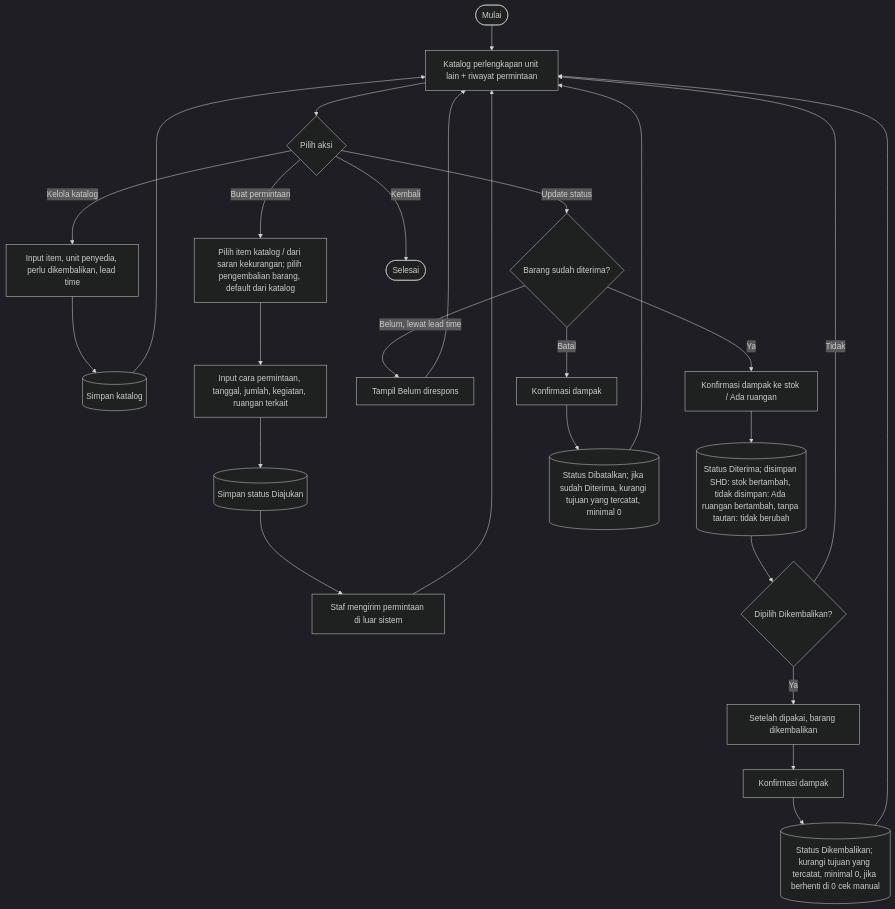
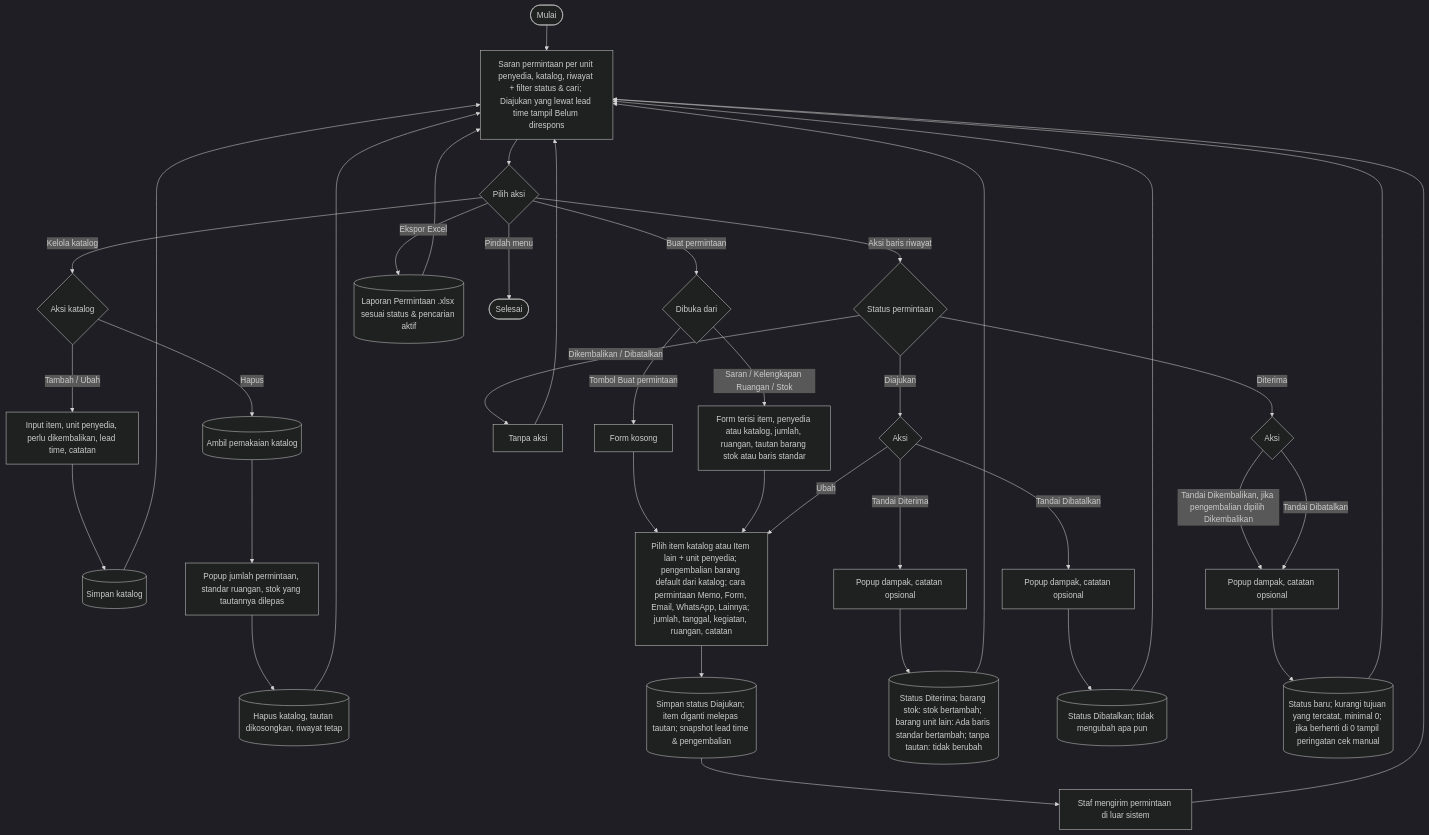
One commit to mrizqihidayat/system-tracking-asset changed the seventh of 9 diagrams in docs/flowchart.md. Above: the diagram before and after it, drawn with Mermaid (dark theme). The commit also changed other lines of this file and 49 other files, not shown here.

Commit message:
T26m dan flowchart terbaru

````diff
--- a/docs/flowchart.md
+++ b/docs/flowchart.md
@@ -188,24 +253,30 @@
 ```mermaid
 flowchart TD
-    A([Mulai]) --> B[Katalog perlengkapan unit lain + riwayat permintaan]
+    A([Mulai]) --> B[Saran permintaan per unit penyedia, katalog, riwayat + filter status & cari; Diajukan yang lewat lead time tampil Belum direspons]
     B --> C{Pilih aksi}
 
-    C -- Kelola katalog --> K1[Input item, unit penyedia, perlu dikembalikan, lead time] --> K2[(Simpan katalog)] --> B
+    C -- Kelola katalog --> K0{Aksi katalog}
+    K0 -- Tambah / Ubah --> K1[Input item, unit penyedia, perlu dikembalikan, lead time, catatan] --> K2[(Simpan katalog)] --> B
+    K0 -- Hapus --> K3[(Ambil pemakaian katalog)] --> K4[Popup jumlah permintaan, standar ruangan, stok yang tautannya dilepas] --> K5[(Hapus katalog, tautan dikosongkan, riwayat tetap)] --> B
 
-    C -- Buat permintaan --> P1[Pilih item katalog / dari saran kekurangan; pilih pengembalian barang, default dari katalog]
-    P1 --> P2[Input cara permintaan, tanggal, jumlah, kegiatan, ruangan terkait]
-    P2 --> P3[(Simpan status Diajukan)]
+    C -- Buat permintaan --> P0{Dibuka dari}
+    P0 -- Tombol Buat permintaan --> P1[Form kosong]
+    P0 -- Saran / Kelengkapan Ruangan / Stok --> P1a[Form terisi item, penyedia atau katalog, jumlah, ruangan, tautan barang stok atau baris standar]
+    P1 & P1a --> P2[Pilih item katalog atau Item lain + unit penyedia; pengembalian barang default dari katalog; cara permintaan Memo, Form, Email, WhatsApp, Lainnya; jumlah, tanggal, kegiatan, ruangan, catatan]
+    P2 --> P3[(Simpan status Diajukan; item diganti melepas tautan; snapshot lead time & pengembalian)]
     P3 --> P4[Staf mengirim permintaan di luar sistem] --> B
 
-    C -- Update status --> U1{Barang sudah diterima?}
-    U1 -- Belum, lewat lead time --> U2[Tampil Belum direspons] --> B
-    U1 -- Ya --> U8[Konfirmasi dampak ke stok / Ada ruangan]
-    U8 --> U3[(Status Diterima; disimpan SHD: stok bertambah, tidak disimpan: Ada ruangan bertambah, tanpa tautan: tidak berubah)]
-    U3 --> U4{Dipilih Dikembalikan?}
-    U4 -- Tidak --> B
-    U4 -- Ya --> U5[Setelah dipakai, barang dikembalikan] --> U9[Konfirmasi dampak]
-    U9 --> U6[(Status Dikembalikan; kurangi tujuan yang tercatat, minimal 0, jika berhenti di 0 cek manual)] --> B
-    U1 -- Batal --> U10[Konfirmasi dampak] --> U7[(Status Dibatalkan; jika sudah Diterima, kurangi tujuan yang tercatat, minimal 0)] --> B
+    C -- Aksi baris riwayat --> U0{Status permintaan}
+    U0 -- Dikembalikan / Dibatalkan --> U3[Tanpa aksi] --> B
+    U0 -- Diajukan --> U1{Aksi}
+    U1 -- Ubah --> P2
+    U1 -- Tandai Diterima --> M1[Popup dampak, catatan opsional] --> I1[(Status Diterima; barang stok: stok bertambah; barang unit lain: Ada baris standar bertambah; tanpa tautan: tidak berubah)] --> B
+    U1 -- Tandai Dibatalkan --> M2[Popup dampak, catatan opsional] --> I2[(Status Dibatalkan; tidak mengubah apa pun)] --> B
+    U0 -- Diterima --> U2{Aksi}
+    U2 -- Tandai Dikembalikan, jika pengembalian dipilih Dikembalikan --> M3[Popup dampak, catatan opsional]
+    U2 -- Tandai Dibatalkan --> M3
+    M3 --> I3[(Status baru; kurangi tujuan yang tercatat, minimal 0; jika berhenti di 0 tampil peringatan cek manual)] --> B
 
-    C -- Kembali --> Z([Selesai])
+    C -- Ekspor Excel --> X1[(Laporan Permintaan .xlsx sesuai status & pencarian aktif)] --> B
+    C -- Pindah menu --> Z([Selesai])
 ```
````
